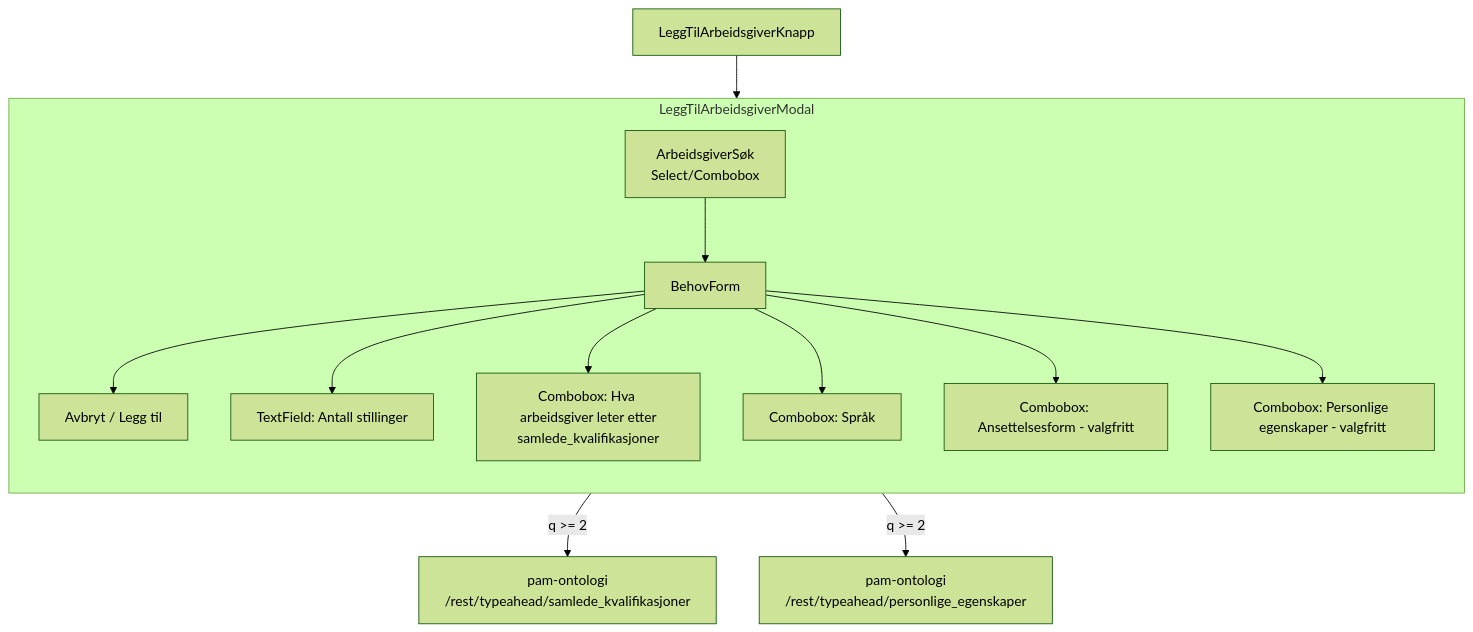
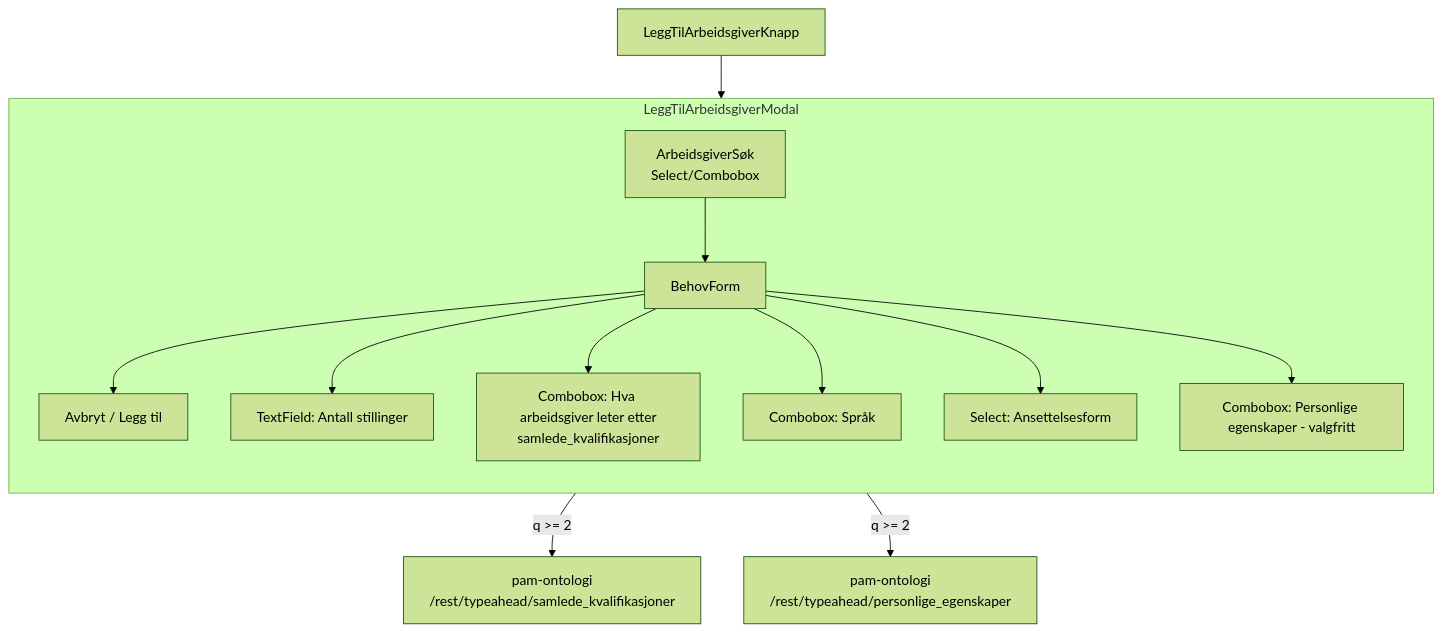
The third of 3 diagrams in docs/9-planer/arbeidsgiver_behov/arbeidsgivers-behov.md (navikt/rekrutteringstreff-backend), drawn with Mermaid (forest theme) before and after one commit. The commit also changed other lines of this file, not shown here.

````diff
--- a/docs/9-planer/arbeidsgiver_behov/arbeidsgivers-behov.md
+++ b/docs/9-planer/arbeidsgiver_behov/arbeidsgivers-behov.md
@@ -176,17 +162,17 @@
 ```mermaid
 flowchart TB
   Knapp["LeggTilArbeidsgiverKnapp"] --> Modal
 
   subgraph Modal["LeggTilArbeidsgiverModal"]
     direction TB
     Sok["ArbeidsgiverSøk\nSelect/Combobox"] --> Form["BehovForm"] --> Knapper["Avbryt / Legg til"]
     Form --> AntallFelt["TextField: Antall stillinger"]
     Form --> KvalFelt["Combobox: Hva arbeidsgiver leter etter\nsamlede_kvalifikasjoner"]
     Form --> SprakFelt["Combobox: Språk"]
-    Form --> AnsFelt["Combobox: Ansettelsesform - valgfritt"]
+    Form --> AnsFelt["Select: Ansettelsesform"]
     Form --> EgensFelt["Combobox: Personlige egenskaper - valgfritt"]
   end
 
   KvalFelt -->|"q >= 2"| SamledeOnto["pam-ontologi\n/rest/typeahead/samlede_kvalifikasjoner"]
   EgensFelt -->|"q >= 2"| PersonligeOnto["pam-ontologi\n/rest/typeahead/personlige_egenskaper"]
 ```
````
